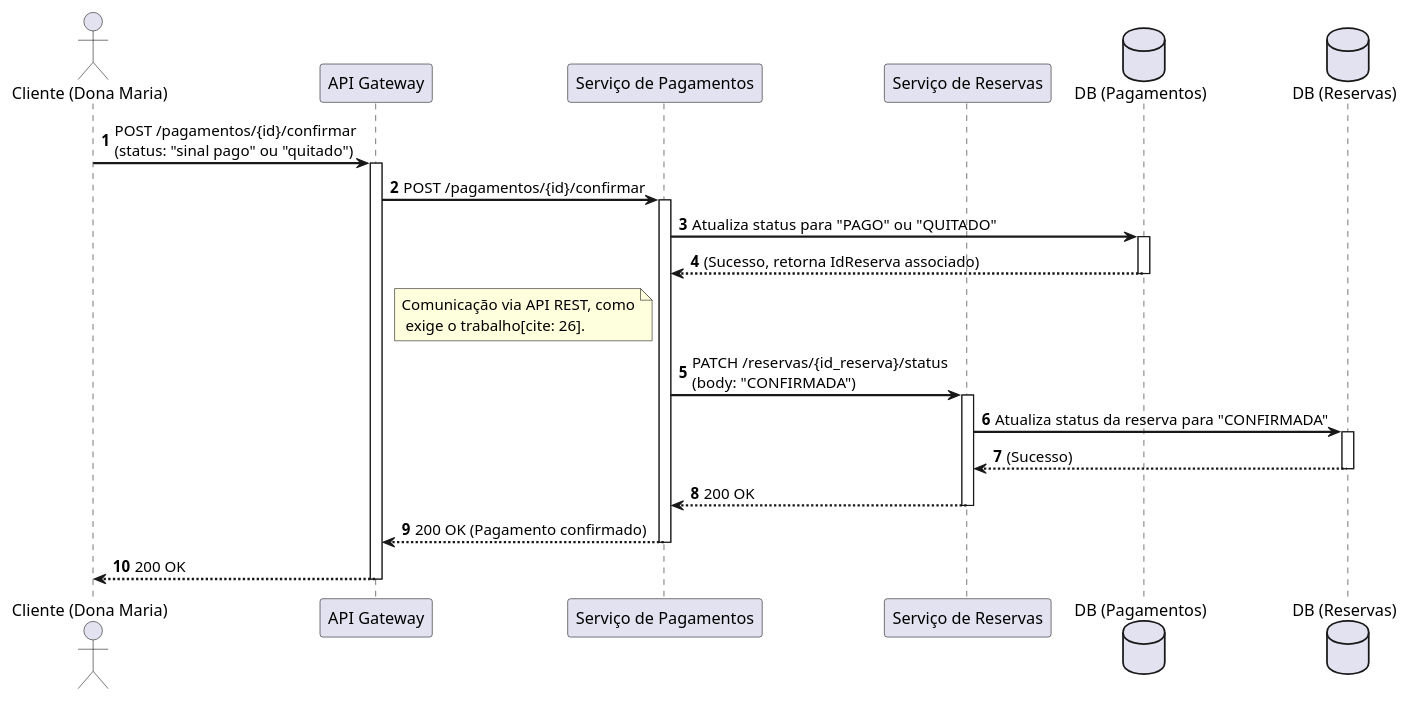
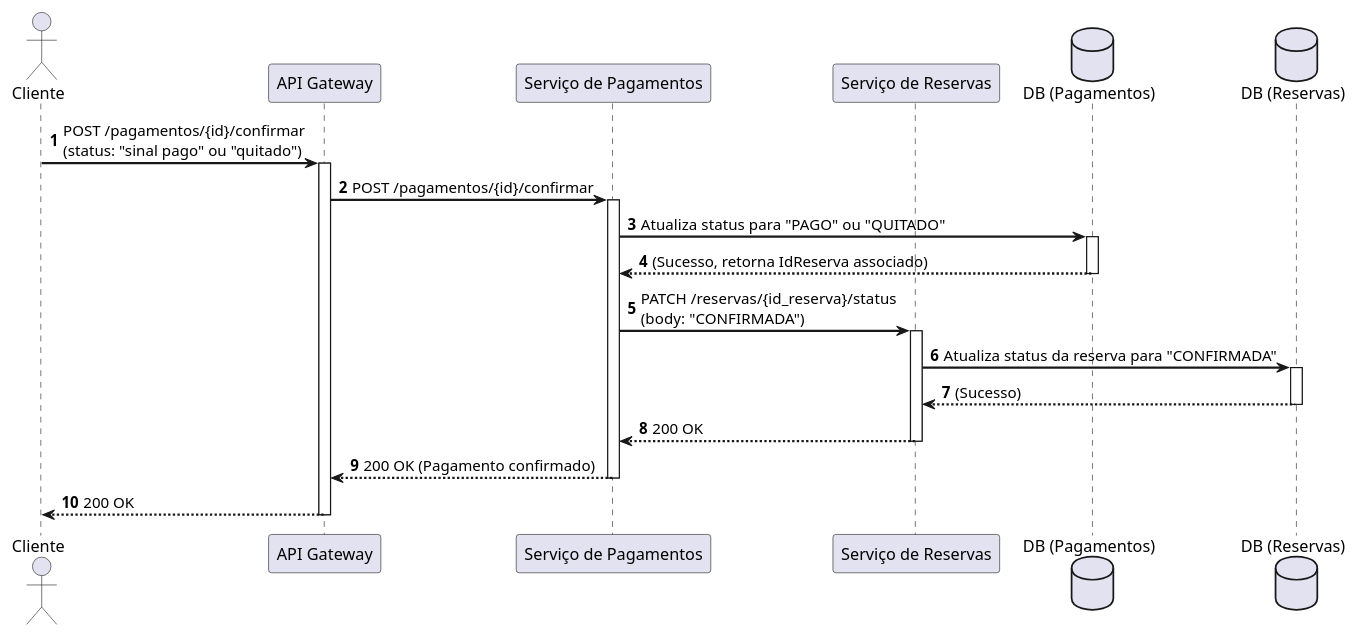
One commit to carpadasso/design-software changed the diagram in uml/diagrama-sequencia-pagamento.puml. Above: the diagram before and after it, drawn with PlantUML. The commit also changed 9 other files, not shown here.

Commit message:
upd: Ajustando os diagramas e adicionando imagens...

```diff
--- a/uml/diagrama-sequencia-pagamento.puml
+++ b/uml/diagrama-sequencia-pagamento.puml
@@ -1,45 +1,44 @@
 @startuml
 
 ' Diagrama 3: Processamento de Pagamento (e Confirmação da Reserva)
 autonumber
 skinparam sequenceArrowThickness 2
 skinparam participantPadding 10
 skinparam boxPadding 10
 
-actor "Cliente (Dona Maria)" as Cliente
+actor "Cliente" as Cliente
 participant "API Gateway" as Gateway
 participant "Serviço de Pagamentos" as SvcPagamentos
 participant "Serviço de Reservas" as SvcReservas
 database "DB (Pagamentos)" as DBPagamentos
 database "DB (Reservas)" as DBReservas
 
 Cliente -> Gateway : POST /pagamentos/{id}/confirmar\n(status: "sinal pago" ou "quitado")
 activate Gateway
 Gateway -> SvcPagamentos : POST /pagamentos/{id}/confirmar
 activate SvcPagamentos
 
 ' 1. Atualizar Pagamento
 SvcPagamentos -> DBPagamentos : Atualiza status para "PAGO" ou "QUITADO"
 activate DBPagamentos
 DBPagamentos --> SvcPagamentos : (Sucesso, retorna IdReserva associado)
 deactivate DBPagamentos
 
 ' 2. Notificar Serviço de Reservas (Comunicação Síncrona via REST)
-note left of SvcPagamentos : Comunicação via API REST, como\n exige o trabalho[cite: 26].
 SvcPagamentos -> SvcReservas : PATCH /reservas/{id_reserva}/status\n(body: "CONFIRMADA")
 activate SvcReservas
 
 ' 3. Atualizar Reserva
 SvcReservas -> DBReservas : Atualiza status da reserva para "CONFIRMADA"
 activate DBReservas
 DBReservas --> SvcReservas : (Sucesso)
 deactivate DBReservas
 
 SvcReservas --> SvcPagamentos : 200 OK
 deactivate SvcReservas
 SvcPagamentos --> Gateway : 200 OK (Pagamento confirmado)
 deactivate SvcPagamentos
 Gateway --> Cliente : 200 OK
 deactivate Gateway
 
 @enduml
```
